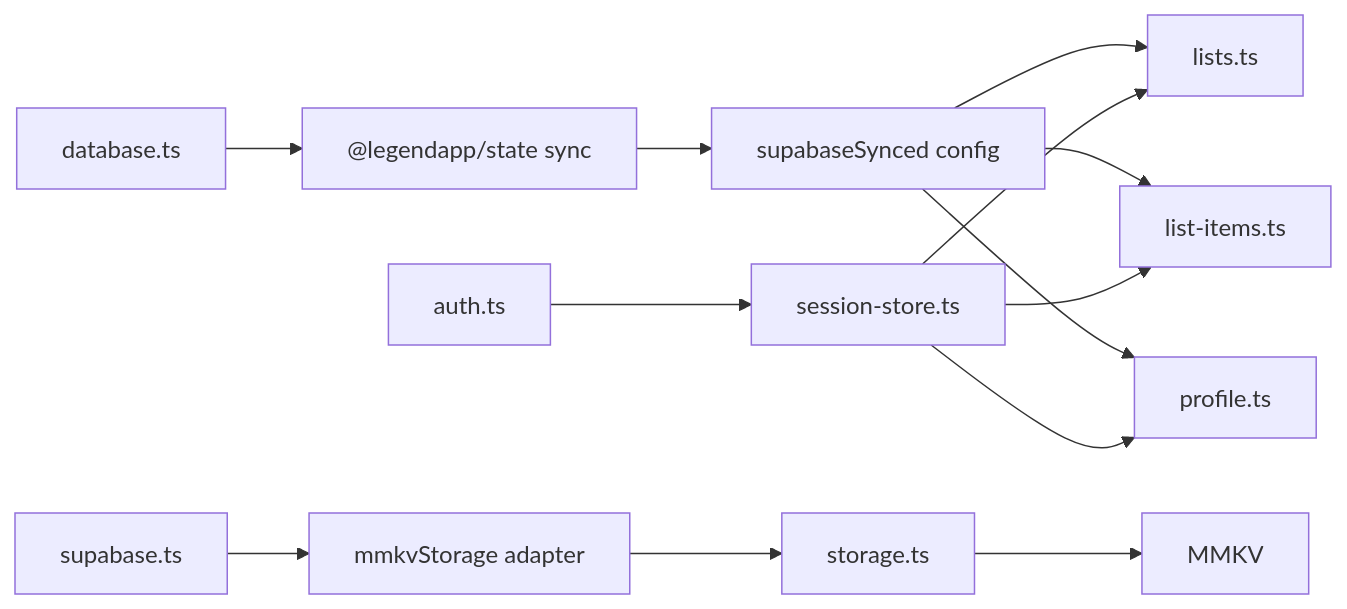
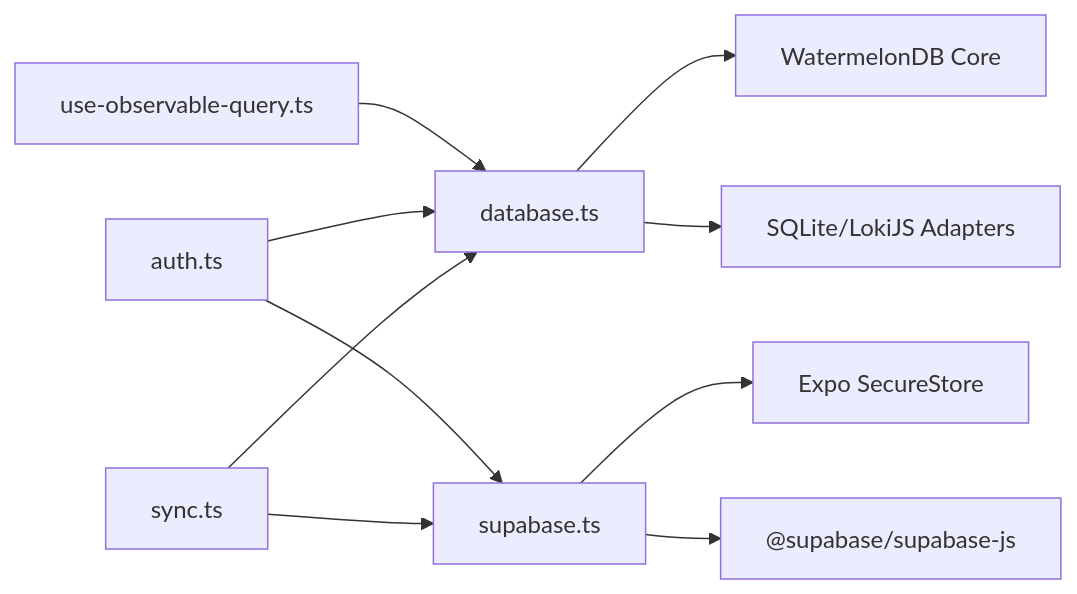
Before and after one commit to karllasouzza/PowerLists: diagram 11 of 11 in .qoder/repowiki/en/content/State Management Architecture/Local Persistence with MMKV.md, drawn with Mermaid. The commit also changed other lines of this file and 5 other files, not shown here.

````diff
--- a/.qoder/repowiki/en/content/State Management Architecture/Local Persistence with MMKV.md
+++ b/.qoder/repowiki/en/content/State Management Architecture/Local Persistence with MMKV.md
@@ -472,15 +380,12 @@
 ```mermaid
 graph LR
-Storage["storage.ts"] --> MMKV["MMKV"]
-Database["database.ts"] --> Legend["@legendapp/state sync"]
-Legend --> SupabaseSynced["supabaseSynced config"]
-SupabaseSynced --> ListsState["lists.ts"]
-SupabaseSynced --> ListItemsState["list-items.ts"]
-SupabaseSynced --> ProfilesState["profile.ts"]
-SupabaseClient["supabase.ts"] --> MMKVAdapter["mmkvStorage adapter"]
-MMKVAdapter --> Storage
-AuthState["auth.ts"] --> SessionMgr["session-store.ts"]
-SessionMgr --> ListsState
-SessionMgr --> ListItemsState
-SessionMgr --> ProfilesState
+Database["database.ts"] --> WatermelonDB["WatermelonDB Core"]
+Database --> Adapters["SQLite/LokiJS Adapters"]
+Supabase["supabase.ts"] --> SecureStore["Expo SecureStore"]
+Supabase --> SupabaseJS["@supabase/supabase-js"]
+Sync["sync.ts"] --> Database
+Sync --> Supabase
+AuthOps["auth.ts"] --> Supabase
+AuthOps --> Database
+Observable["use-observable-query.ts"] --> Database
 ```
````
